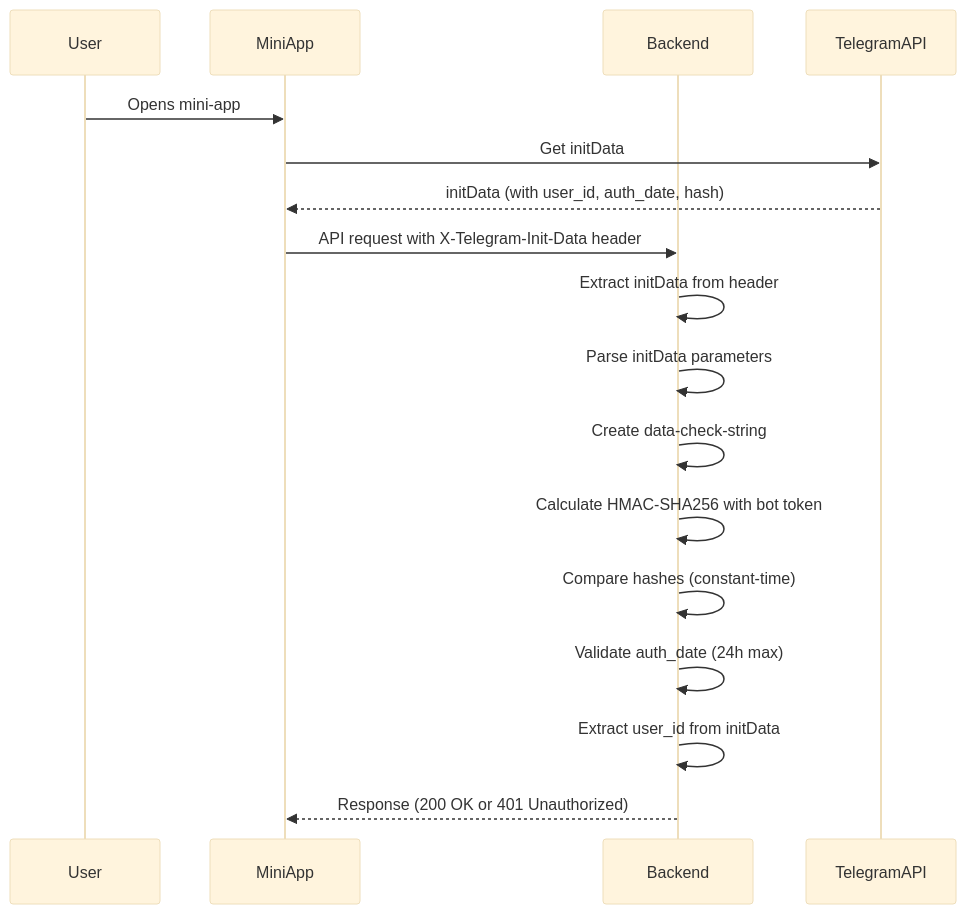
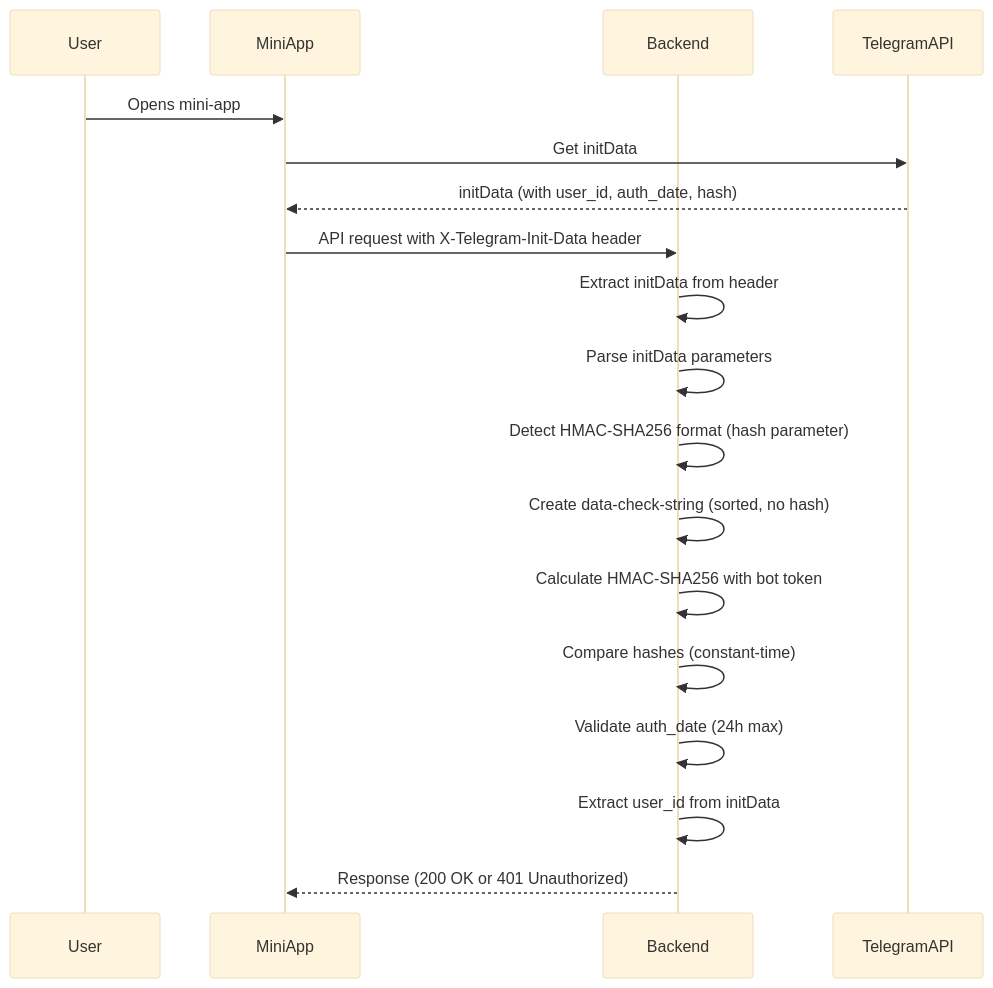
One commit to Zenderg/hookah-wishlist changed the second of 2 diagrams in .kilocode/rules/memory-bank/architecture.md. Above: the diagram before and after it, drawn with Mermaid (base theme). The commit also changed other lines of this file and 7 other files, not shown here.

````diff
--- a/.kilocode/rules/memory-bank/architecture.md
+++ b/.kilocode/rules/memory-bank/architecture.md
@@ -325,20 +351,21 @@
 ```mermaid
 sequenceDiagram
     participant User
     participant MiniApp
     participant Backend
     participant TelegramAPI
 
     User->>MiniApp: Opens mini-app
     MiniApp->>TelegramAPI: Get initData
     TelegramAPI-->>MiniApp: initData (with user_id, auth_date, hash)
     MiniApp->>Backend: API request with X-Telegram-Init-Data header
     Backend->>Backend: Extract initData from header
     Backend->>Backend: Parse initData parameters
-    Backend->>Backend: Create data-check-string
+    Backend->>Backend: Detect HMAC-SHA256 format (hash parameter)
+    Backend->>Backend: Create data-check-string (sorted, no hash)
     Backend->>Backend: Calculate HMAC-SHA256 with bot token
     Backend->>Backend: Compare hashes (constant-time)
     Backend->>Backend: Validate auth_date (24h max)
     Backend->>Backend: Extract user_id from initData
     Backend-->>MiniApp: Response (200 OK or 401 Unauthorized)
 ```
````
